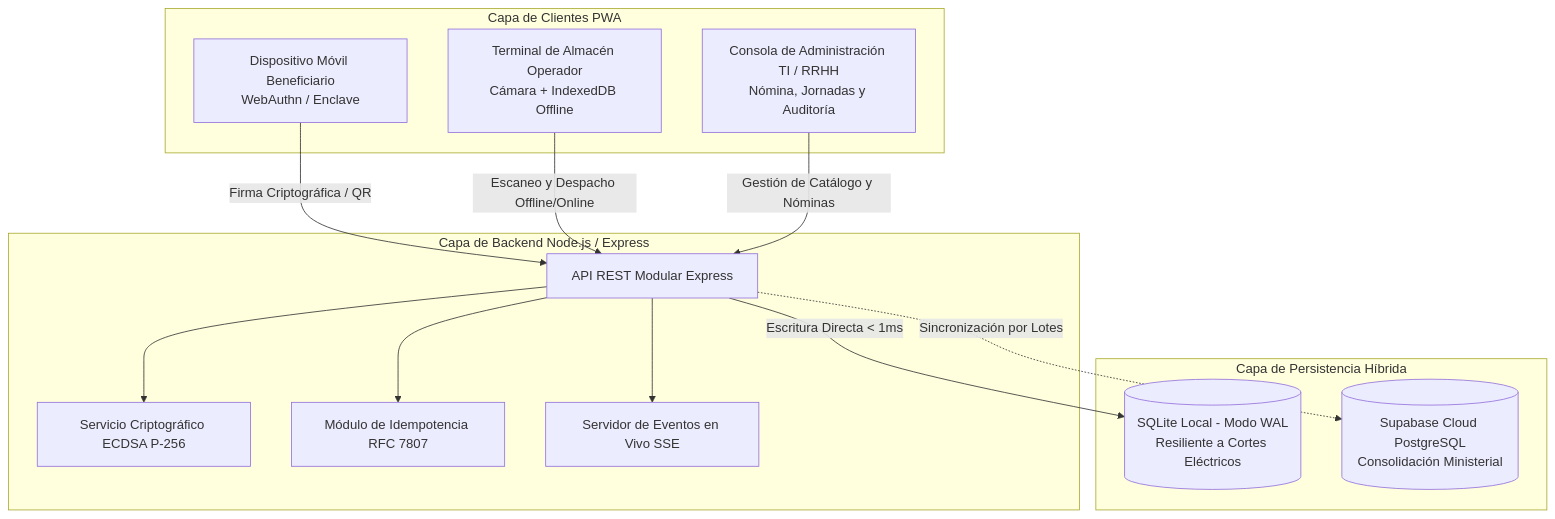
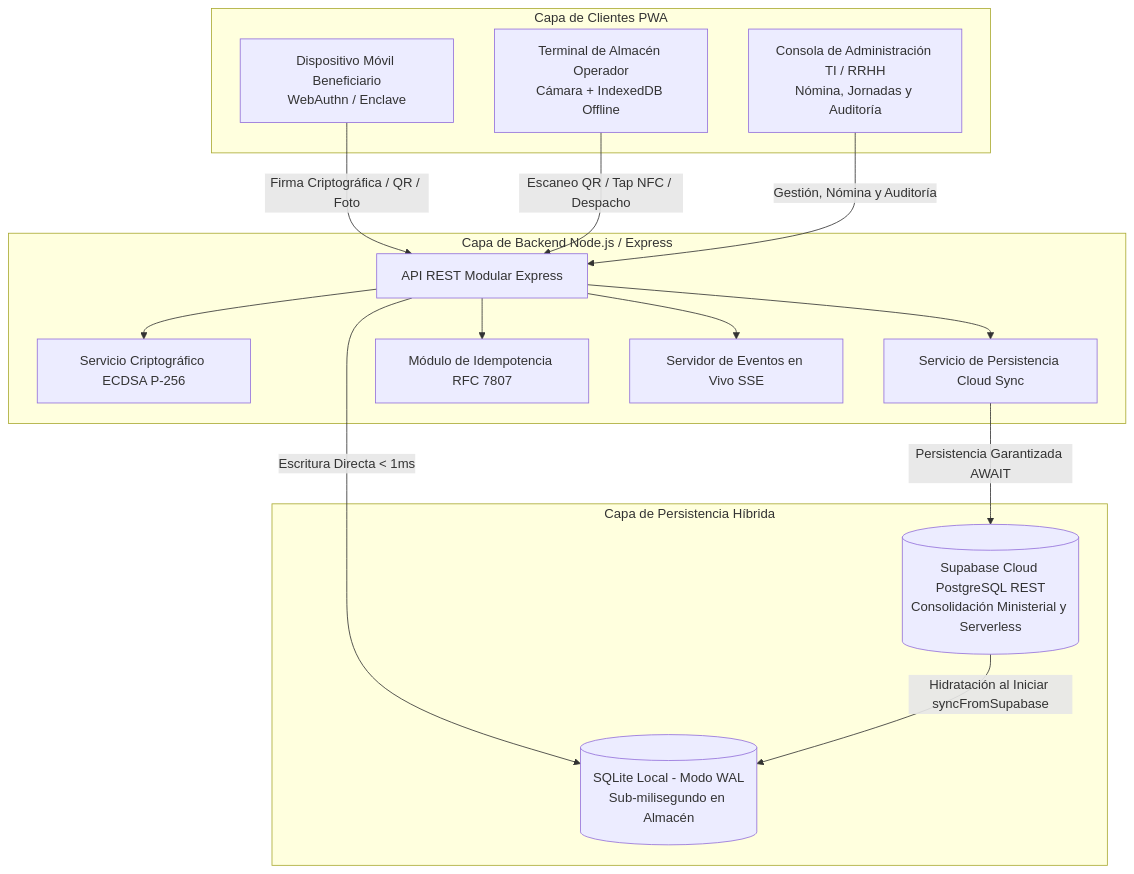
One commit to cazadorccs/sgbt changed the diagram in docs/02_ARQUITECTURA_Y_FLUJO_USUARIO.md. Above: the diagram before and after it, drawn with Mermaid. The commit also changed other lines of this file and 14 other files, not shown here.

Commit message:
docs: actualizar documentacion integral del sistema con persistencia cloud, formalizacion y adr-0009

````diff
--- a/docs/02_ARQUITECTURA_Y_FLUJO_USUARIO.md
+++ b/docs/02_ARQUITECTURA_Y_FLUJO_USUARIO.md
@@ -10,31 +10,34 @@
 ```mermaid
 graph TD
     subgraph Clientes_PWA [Capa de Clientes PWA]
         A[Dispositivo Móvil Beneficiario<br/>WebAuthn / Enclave]
         B[Terminal de Almacén Operador<br/>Cámara + IndexedDB Offline]
         C[Consola de Administración TI / RRHH<br/>Nómina, Jornadas y Auditoría]
     end
 
     subgraph Backend_Servicios [Capa de Backend Node.js / Express]
         API[API REST Modular Express]
         Crypto[Servicio Criptográfico ECDSA P-256]
+        CloudSync[Servicio de Persistencia Cloud Sync]
         Idemp[Módulo de Idempotencia RFC 7807]
         SSE[Servidor de Eventos en Vivo SSE]
     end
 
     subgraph Persistencia_Hibrida [Capa de Persistencia Híbrida]
-        SQLite[(SQLite Local - Modo WAL<br/>Resiliente a Cortes Eléctricos)]
-        Cloud[(Supabase Cloud PostgreSQL<br/>Consolidación Ministerial)]
+        SQLite[(SQLite Local - Modo WAL<br/>Sub-milisegundo en Almacén)]
+        Cloud[(Supabase Cloud PostgreSQL REST<br/>Consolidación Ministerial y Serverless)]
     end
 
-    A -->|Firma Criptográfica / QR| API
-    B -->|Escaneo y Despacho Offline/Online| API
-    C -->|Gestión de Catálogo y Nóminas| API
+    A -->|Firma Criptográfica / QR / Foto| API
+    B -->|Escaneo QR / Tap NFC / Despacho| API
+    C -->|Gestión, Nómina y Auditoría| API
 
     API --> Crypto
+    API --> CloudSync
     API --> Idemp
     API --> SSE
 
     API -->|Escritura Directa < 1ms| SQLite
-    API -.->|Sincronización por Lotes| Cloud
+    CloudSync -->|Persistencia Garantizada AWAIT| Cloud
+    Cloud -->|Hidratación al Iniciar syncFromSupabase| SQLite
 ```
````
